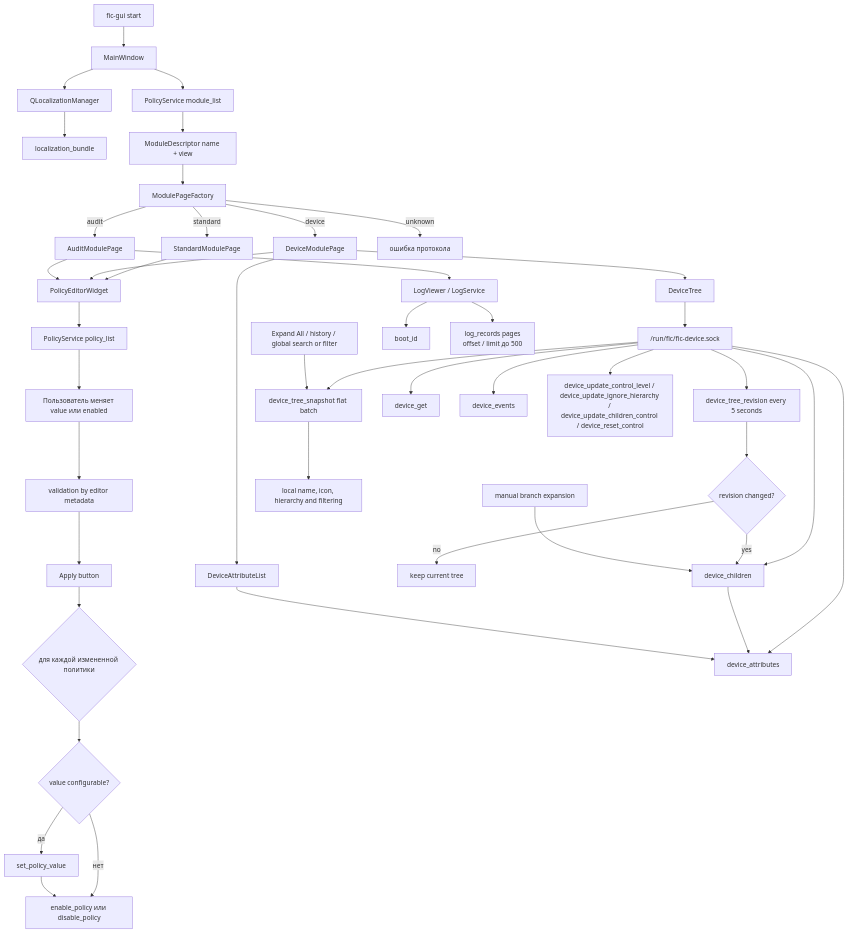
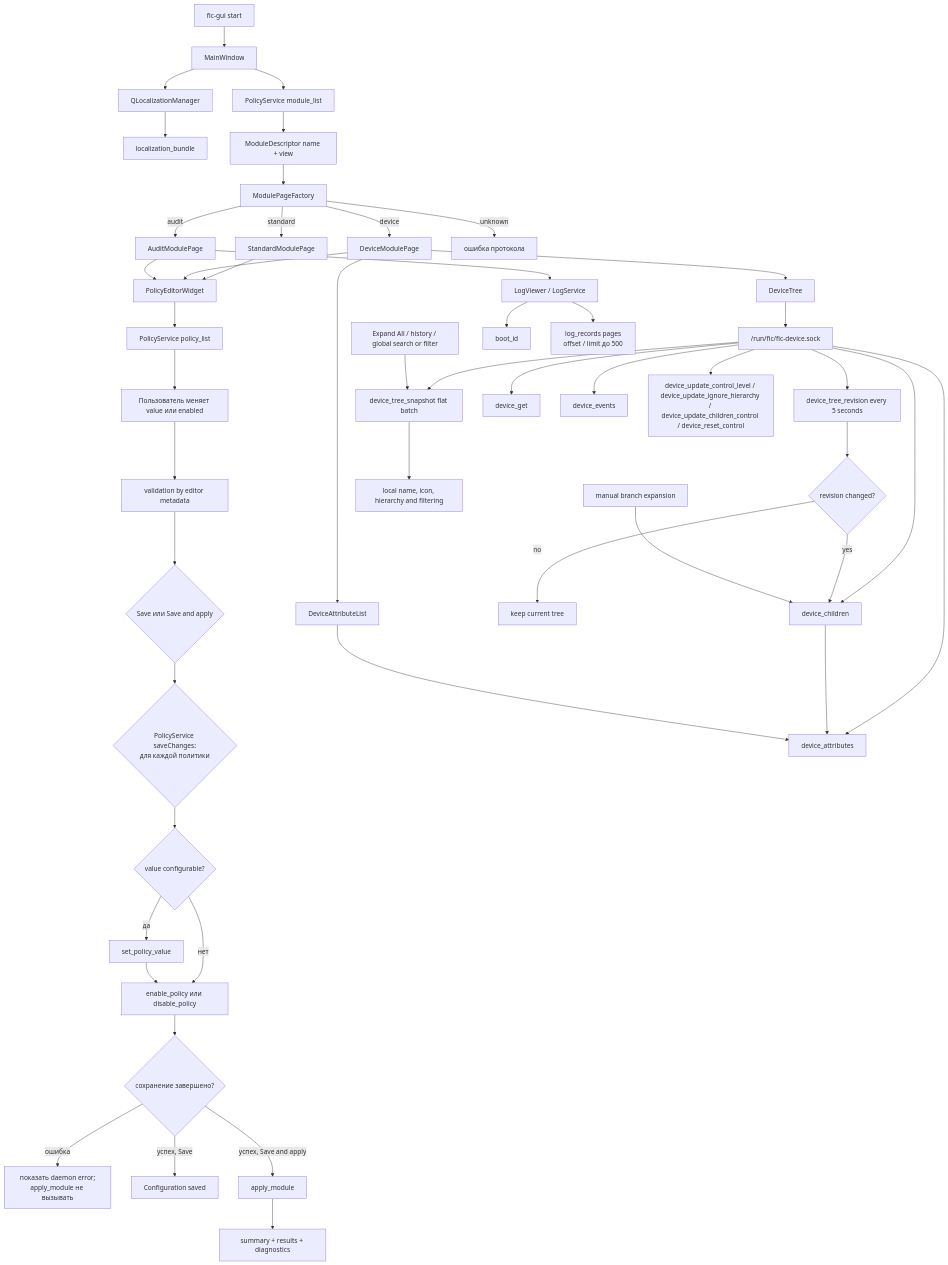
One commit to RevoltStar/FIC changed diagram 17 of 20 in docs/architecture-diagrams.md. Above: the diagram before and after it, drawn with Mermaid. The commit also changed 9 other files, not shown here.

````diff
--- a/docs/architecture-diagrams.md
+++ b/docs/architecture-diagrams.md
@@ -793,53 +793,58 @@
 ```mermaid
 flowchart TD
     start[fic-gui start] --> mainWindow[MainWindow]
     mainWindow --> localization[QLocalizationManager]
     localization --> ipcLoc[localization_bundle]
 
     mainWindow --> moduleService[PolicyService module_list]
     moduleService --> descriptors[ModuleDescriptor name + view]
     descriptors --> pageFactory[ModulePageFactory]
     pageFactory -->|standard| standardPage[StandardModulePage]
     pageFactory -->|device| devicePage[DeviceModulePage]
     pageFactory -->|audit| auditPage[AuditModulePage]
     pageFactory -->|unknown| protocolError[ошибка протокола]
 
     standardPage --> policyEditor[PolicyEditorWidget]
     devicePage --> policyEditor
     auditPage --> policyEditor
     policyEditor --> ipcPolicies[PolicyService policy_list]
     ipcPolicies --> edit[Пользователь меняет value или enabled]
     edit --> validateGui[validation by editor metadata]
-    validateGui --> apply[Apply button]
-    apply --> setLoop{для каждой измененной политики}
+    validateGui --> action{Save или Save and apply}
+    action --> setLoop{PolicyService saveChanges:<br/>для каждой политики}
     setLoop --> setIfNeeded{value configurable?}
     setIfNeeded -->|да| setValue[set_policy_value]
     setIfNeeded -->|нет| state
     setValue --> state[enable_policy или disable_policy]
+    state --> saved{сохранение завершено?}
+    saved -->|ошибка| saveError[показать daemon error;<br/>apply_module не вызывать]
+    saved -->|успех, Save| saveSuccess[Configuration saved]
+    saved -->|успех, Save and apply| applyModule[apply_module]
+    applyModule --> applyResult[summary + results + diagnostics]
 
     devicePage --> deviceTree[DeviceTree]
     deviceTree --> deviceSock["/run/fic/fic-device.sock"]
     deviceSock --> devRevision[device_tree_revision every 5 seconds]
     deviceSock --> devSnapshot[device_tree_snapshot flat batch]
     deviceSock --> devGet[device_get]
     deviceSock --> devChildren[device_children]
     deviceSock --> devAttrs[device_attributes]
     deviceSock --> devEvents[device_events]
     deviceSock --> devControl[device_update_control_level / device_update_ignore_hierarchy / device_update_children_control / device_reset_control]
 
     devRevision --> changed{revision changed?}
     changed -->|no| keepTree[keep current tree]
     changed -->|yes| devChildren
 
     heavy[Expand All / history / global search or filter] --> devSnapshot
     devSnapshot --> localTree[local name, icon, hierarchy and filtering]
     manual[manual branch expansion] --> devChildren
     devChildren --> devAttrs
 
     devicePage --> attrList[DeviceAttributeList]
     attrList --> devAttrs
 
     auditPage --> logViewer[LogViewer / LogService]
     logViewer --> boot[boot_id]
     logViewer --> records[log_records pages<br/>offset / limit до 500]
 ```
````
